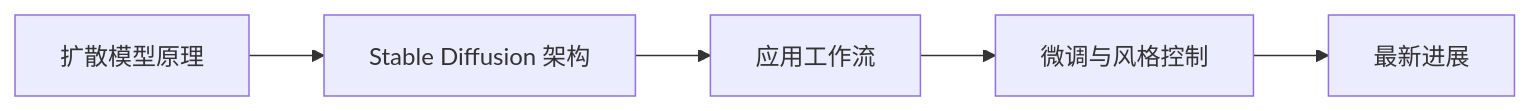
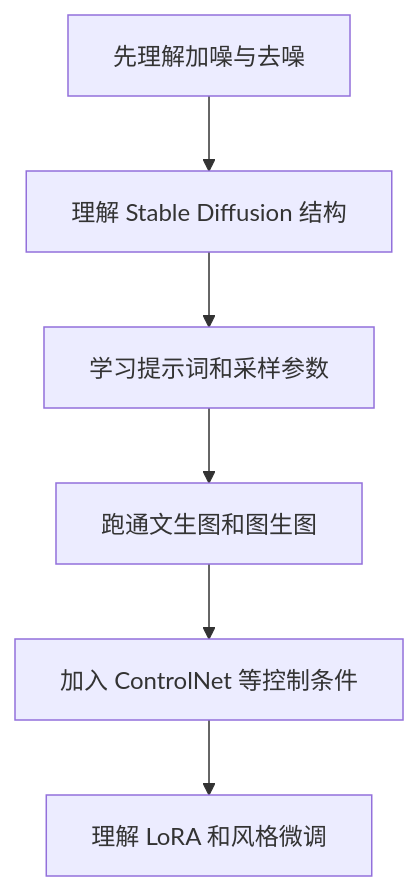
One commit to oudbiao/AI-fullstack-course changed the second of 3 diagrams in docs/stage10/ch02-image-gen/00-roadmap.md. Above: the diagram before and after it, drawn with Mermaid. The commit also changed other lines of this file and 95 other files, not shown here.

````diff
--- a/docs/stage10/ch02-image-gen/00-roadmap.md
+++ b/docs/stage10/ch02-image-gen/00-roadmap.md
@@ -27,7 +40,8 @@
 ```mermaid
-flowchart LR
-    A["扩散模型原理"] --> B["Stable Diffusion 架构"]
-    B --> C["应用工作流"]
-    C --> D["微调与风格控制"]
-    D --> E["最新进展"]
+flowchart TD
+  A[先理解加噪与去噪] --> B[理解 Stable Diffusion 结构]
+  B --> C[学习提示词和采样参数]
+  C --> D[跑通文生图和图生图]
+  D --> E[加入 ControlNet 等控制条件]
+  E --> F[理解 LoRA 和风格微调]
 ```
````
